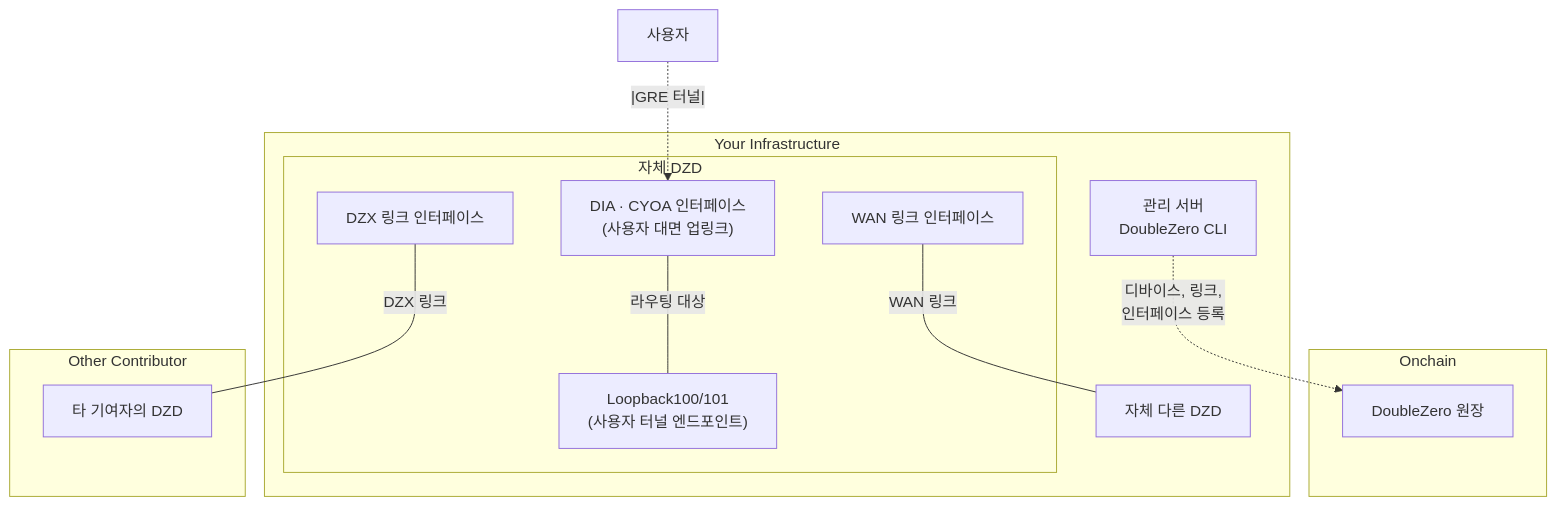
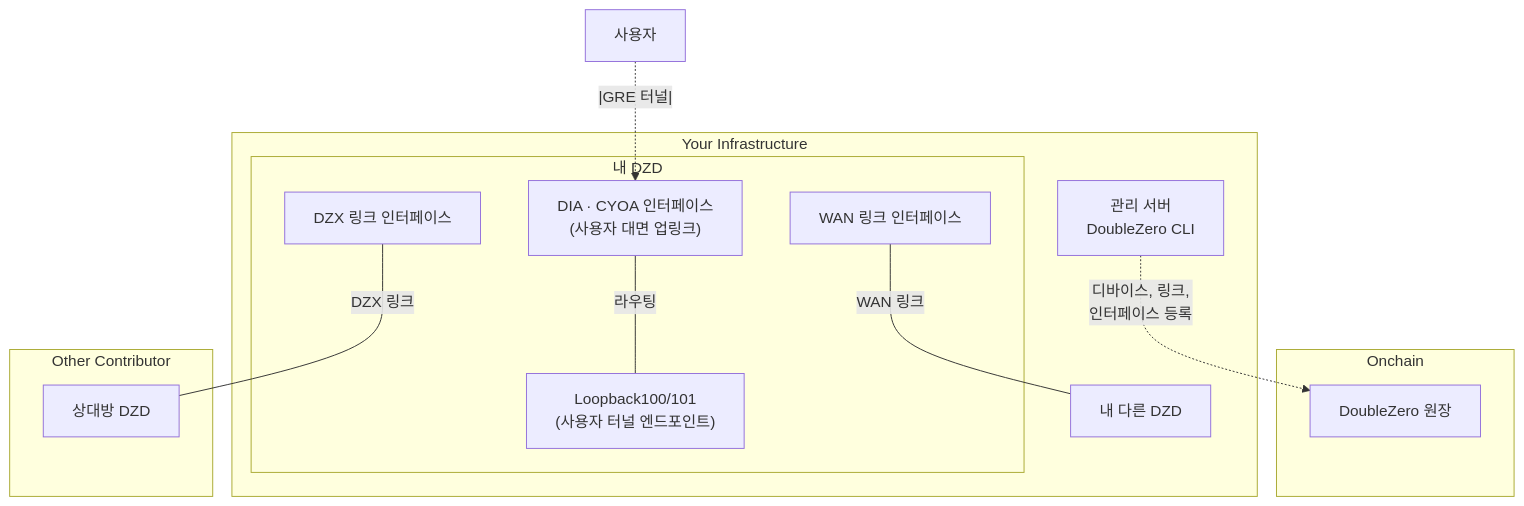
Before and after one commit to malbeclabs/docs: the first of 7 diagrams in docs/contribute-provisioning.ko.md, drawn with Mermaid. The commit also changed other lines of this file and 27 other files, not shown here.

````diff
--- a/docs/contribute-provisioning.ko.md
+++ b/docs/contribute-provisioning.ko.md
@@ -50,29 +50,29 @@
 ```mermaid
 flowchart TB
     subgraph Onchain
         SC[DoubleZero 원장]
     end
 
     subgraph Your Infrastructure
         MGMT[관리 서버<br/>DoubleZero CLI]
-        subgraph DZD[자체 DZD]
+        subgraph DZD[내 DZD]
             CYOA["DIA · CYOA 인터페이스<br/>(사용자 대면 업링크)"]
             WAN_INTF["WAN 링크 인터페이스"]
             DZX_INTF["DZX 링크 인터페이스"]
             LO100["Loopback100/101<br/>(사용자 터널 엔드포인트)"]
         end
-        DZD2[자체 다른 DZD]
+        DZD2[내 다른 DZD]
     end
 
     subgraph Other Contributor
-        OtherDZD[타 기여자의 DZD]
+        OtherDZD[상대방 DZD]
     end
 
     USERS["사용자"]
 
     MGMT -.->|디바이스, 링크,<br/>인터페이스 등록| SC
     WAN_INTF ---|WAN 링크| DZD2
     DZX_INTF ---|DZX 링크| OtherDZD
     USERS -.|GRE 터널|.-> CYOA
-    CYOA ---|라우팅 대상| LO100
+    CYOA ---|라우팅| LO100
 ```
````
